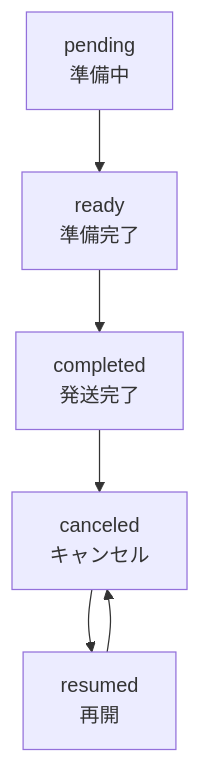
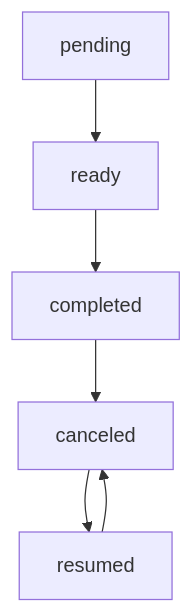
The third of 4 diagrams in ja/developer/state_machine.md (hyoshida/comable-guide), drawn with Mermaid before and after one commit. The commit also changed other lines of this file, not shown here.

```diff
--- a/ja/developer/state_machine.md
+++ b/ja/developer/state_machine.md
@@ -53,14 +38,8 @@
 {% mermaid %}
 graph TD;
     pending --> ready;
     ready --> completed;
     completed --> canceled;
     canceled --> resumed;
     resumed --> canceled;
-
-    pending[pending<br/>準備中];
-    ready[ready<br/>準備完了];
-    completed[completed<br/>発送完了];
-    resumed[resumed<br/>再開];
-    canceled[canceled<br/>キャンセル];
 {% endmermaid %}
```
